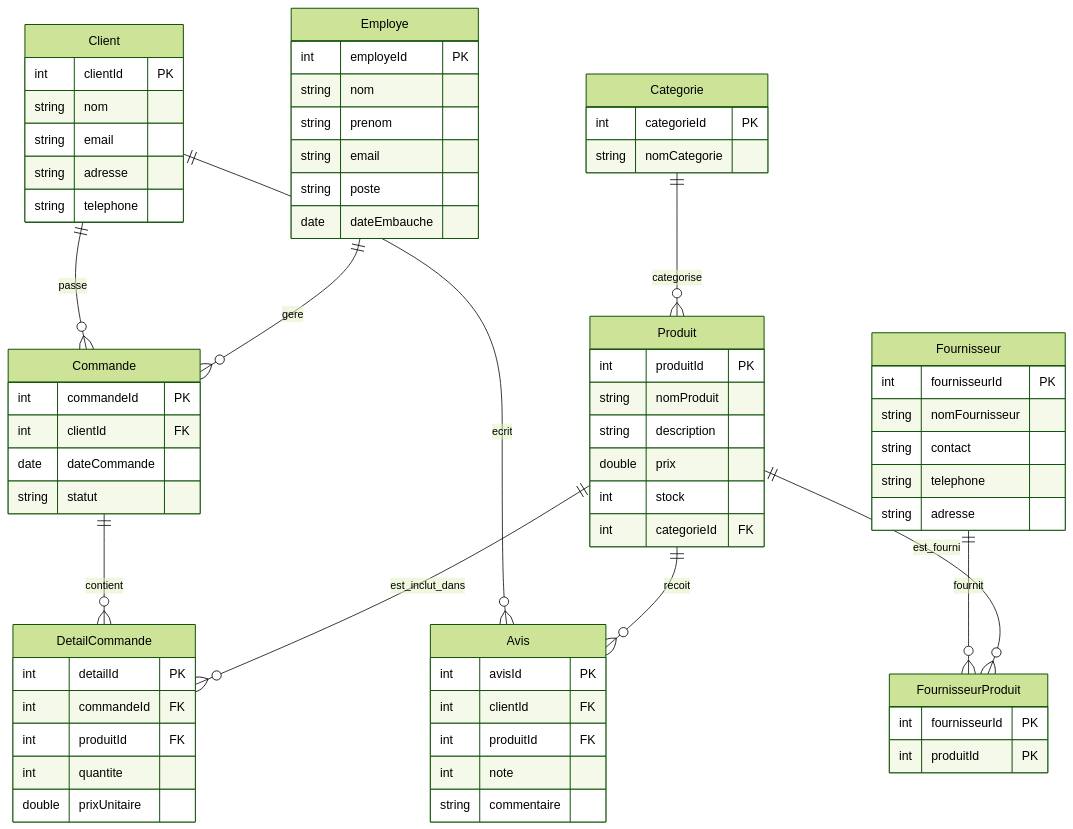
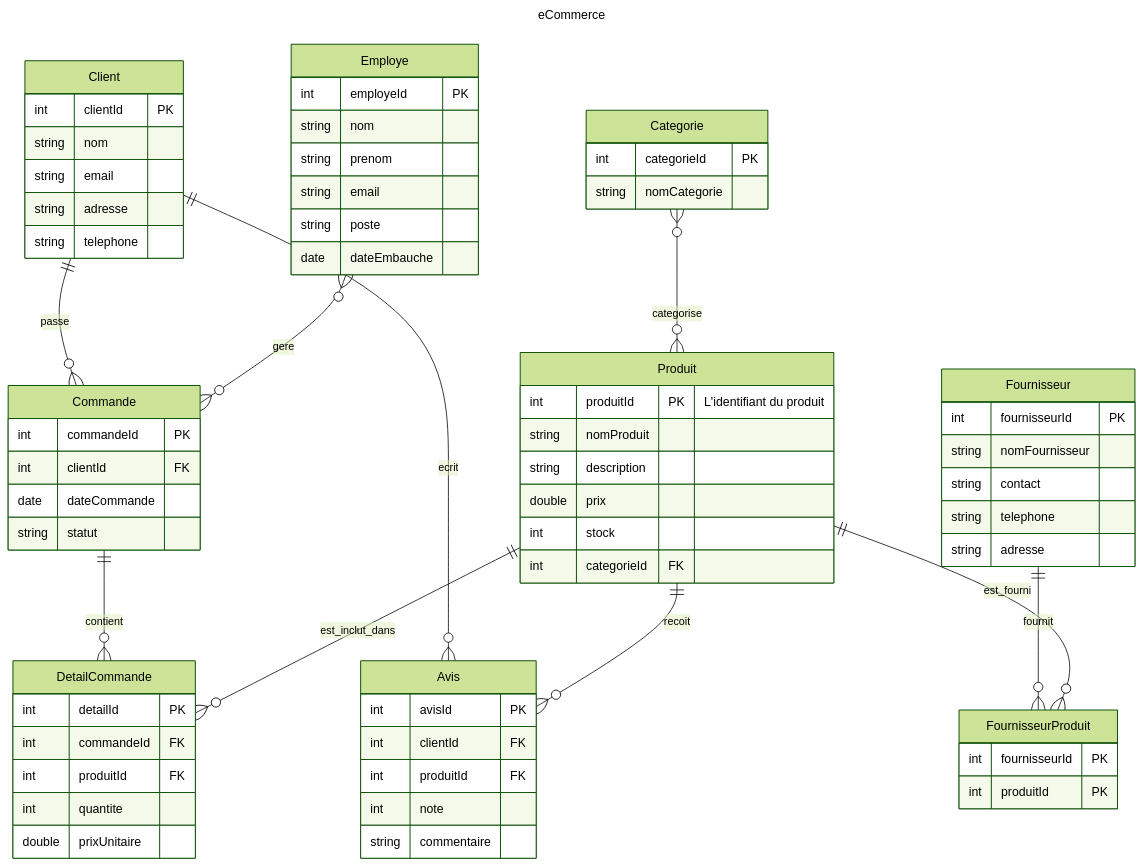
Before and after one commit to erralb/mermaid-js-erd-to-sql: the diagram in demos/ecommerce.md, drawn with Mermaid (forest theme). The commit also changed 4 other files, not shown here.

````diff
--- a/demos/ecommerce.md
+++ b/demos/ecommerce.md
@@ -1,6 +1,10 @@
 ```mermaid
+---
+title: eCommerce
+---
 erDiagram
-    Client {
+    Client 
+    {
         int clientId PK
         string nom
         string email
@@ -14,7 +18,7 @@
     }
 
     Produit {
-        int produitId PK
+        int produitId PK "L'identifiant du produit"
         string nomProduit
         string description
         double prix
@@ -70,10 +74,10 @@
     Client ||--o{ Commande : passe
     Commande ||--o{ DetailCommande : contient
     Produit ||--o{ DetailCommande : est_inclut_dans
-    Categorie ||--o{ Produit : categorise
+    Categorie }o--o{ Produit : categorise
     Fournisseur ||--o{ FournisseurProduit : fournit
     Produit ||--o{ FournisseurProduit : est_fourni
     Client ||--o{ Avis : ecrit
     Produit ||--o{ Avis : recoit
-    Employe ||--o{ Commande : gere
+    Employe }o--o{ Commande : gere
 ```
````
